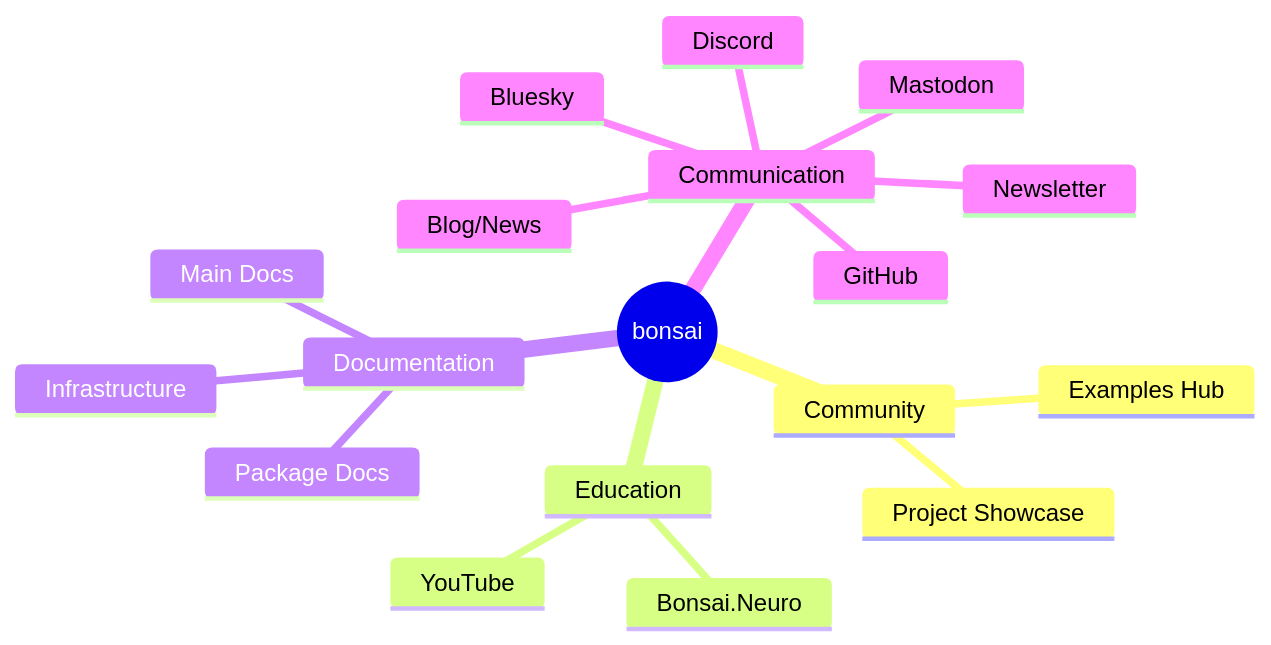
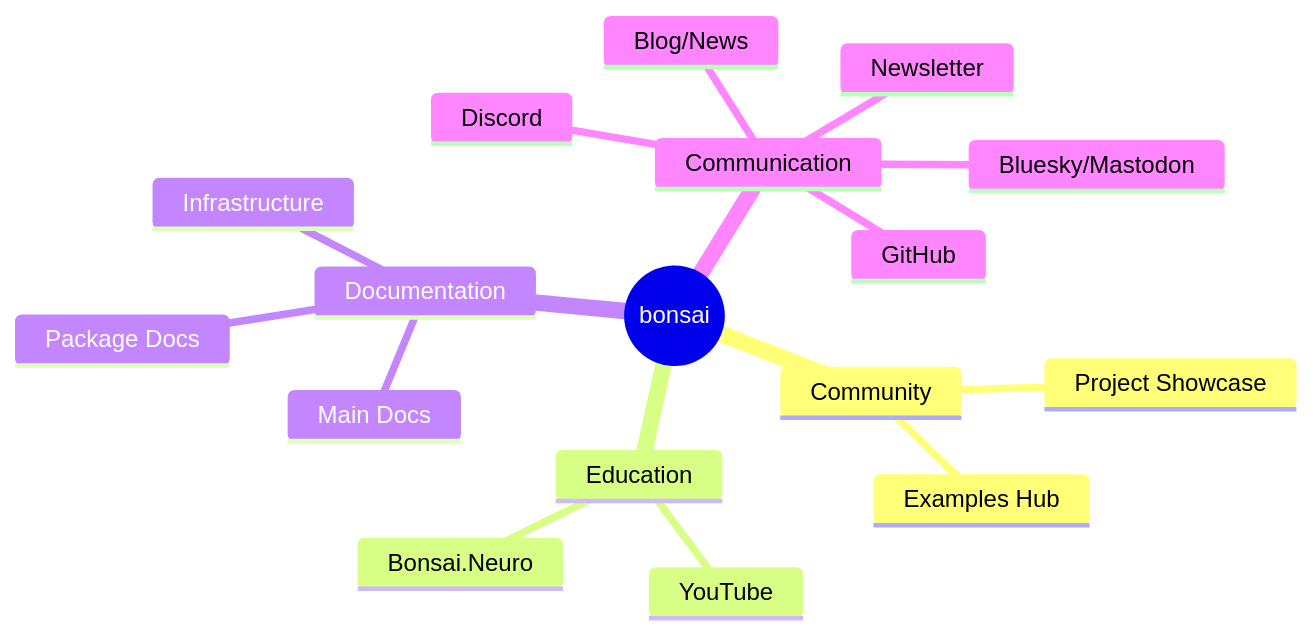
Before and after one commit to banchan86/bonsai_docs_roadmap: the diagram in README.md, drawn with Mermaid. The commit also changed other lines of this file, not shown here.

Commit message:
Update README.md and mindmap

````diff
--- a/README.md
+++ b/README.md
@@ -5,21 +5,20 @@
 ```mermaid
 mindmap
   root((bonsai))
     Community
       Examples Hub
       Project Showcase
     Education
       Bonsai.Neuro
       YouTube
     Documentation
         Infrastructure
         Main Docs
         Package Docs
     Communication
       GitHub
       Discord
-      Bluesky
-      Mastodon
+      Bluesky/Mastodon
       Newsletter
       Blog/News
 ```
````
